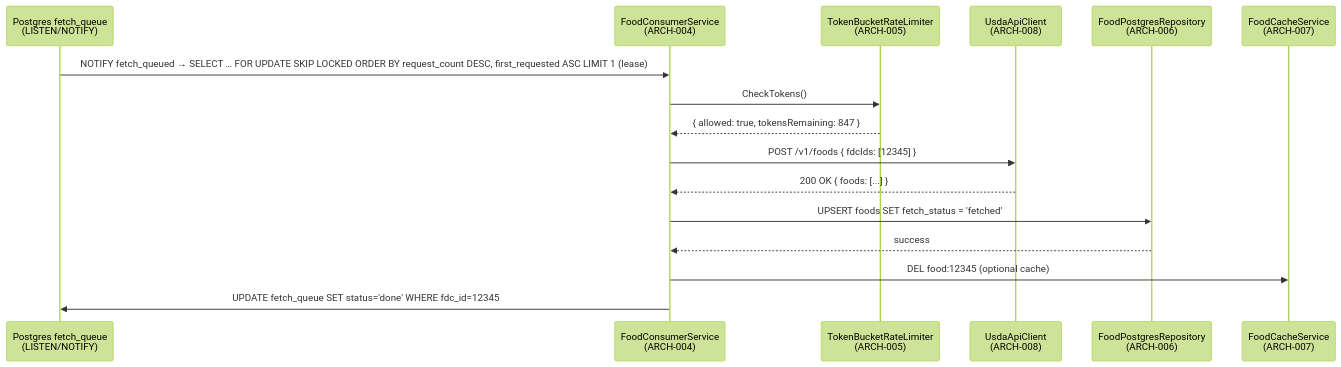
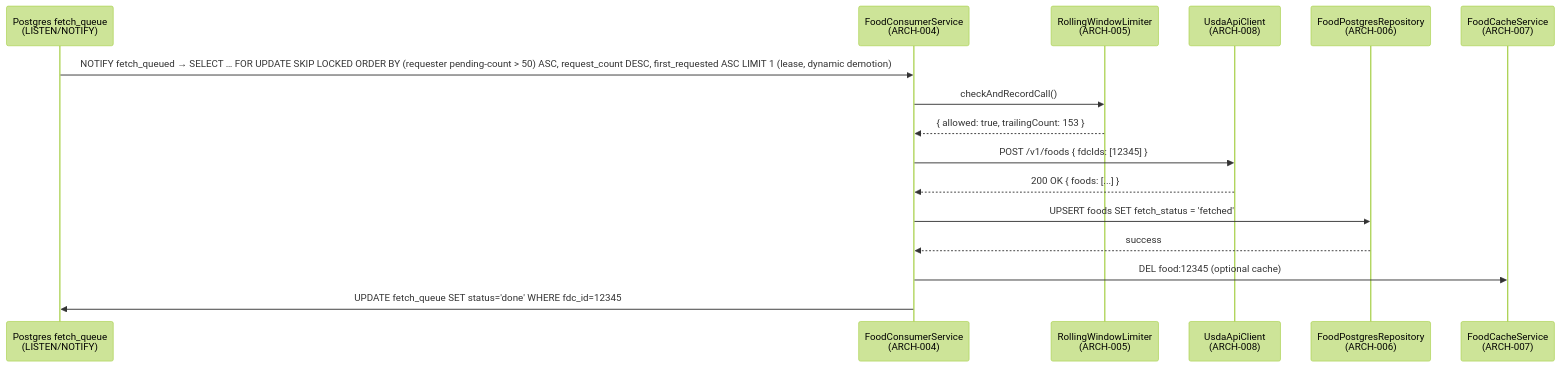
The fourth of 8 diagrams in specs/003-usda-food-data/v-model/architecture-design.md (radicle-co/KitchenSink), drawn with Mermaid (forest theme) before and after one commit. The commit also changed other lines of this file and 14 other files, not shown here.

First line of the commit message:
docs(specs): re-propagate 003 rate-limiter/demotion/lifecycle into plan/tasks/v-model

````diff
--- a/specs/003-usda-food-data/v-model/architecture-design.md
+++ b/specs/003-usda-food-data/v-model/architecture-design.md
@@ -117,19 +119,19 @@
 ```mermaid
 sequenceDiagram
     participant Q as Postgres fetch_queue<br/>(LISTEN/NOTIFY)
     participant L as FoodConsumerService<br/>(ARCH-004)
-    participant T as TokenBucketRateLimiter<br/>(ARCH-005)
+    participant T as RollingWindowLimiter<br/>(ARCH-005)
     participant U as UsdaApiClient<br/>(ARCH-008)
     participant P as FoodPostgresRepository<br/>(ARCH-006)
     participant R as FoodCacheService<br/>(ARCH-007)
 
-    Q->>L: NOTIFY fetch_queued → SELECT … FOR UPDATE SKIP LOCKED ORDER BY request_count DESC, first_requested ASC LIMIT 1 (lease)
-    L->>T: CheckTokens()
-    T-->>L: { allowed: true, tokensRemaining: 847 }
+    Q->>L: NOTIFY fetch_queued → SELECT … FOR UPDATE SKIP LOCKED ORDER BY (requester pending-count > 50) ASC, request_count DESC, first_requested ASC LIMIT 1 (lease, dynamic demotion)
+    L->>T: checkAndRecordCall()
+    T-->>L: { allowed: true, trailingCount: 153 }
     L->>U: POST /v1/foods { fdcIds: [12345] }
     U-->>L: 200 OK { foods: [...] }
     L->>P: UPSERT foods SET fetch_status = 'fetched'
     P-->>L: success
     L->>R: DEL food:12345 (optional cache)
     L->>Q: UPDATE fetch_queue SET status='done' WHERE fdc_id=12345
 ```
````
